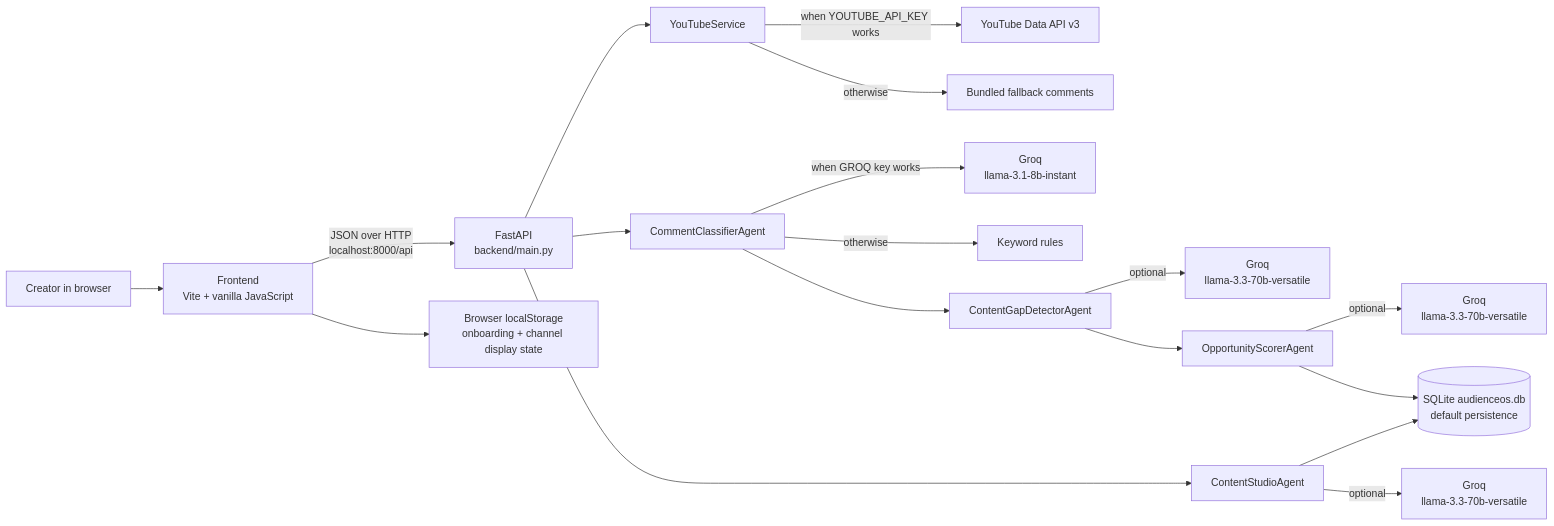
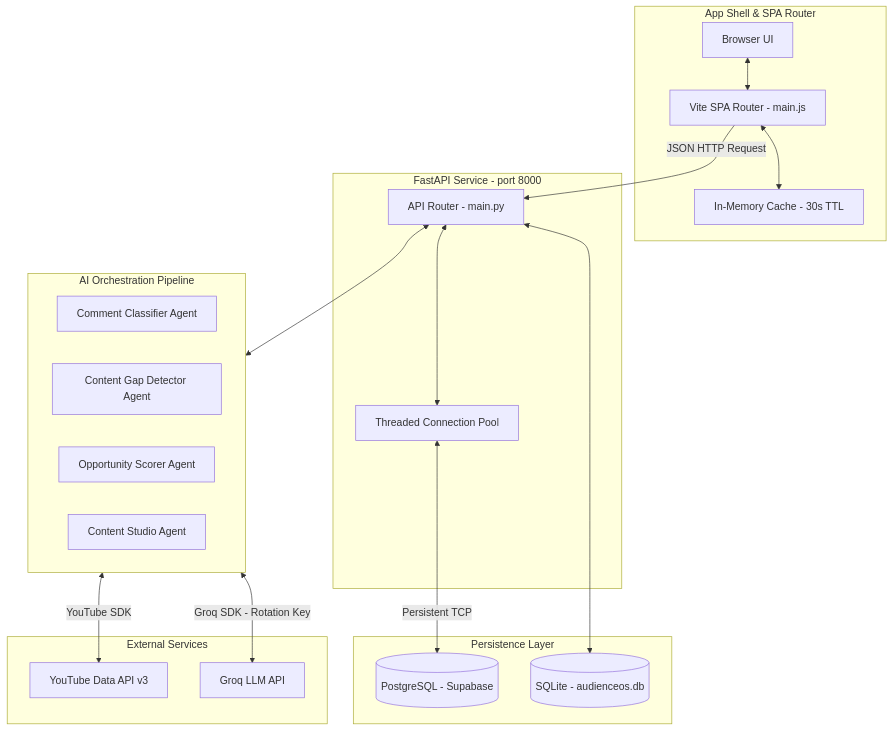
One commit to Ankitanand2411/Audience-OS changed the first of 3 diagrams in README.md. Above: the diagram before and after it, drawn with Mermaid. The commit also changed other lines of this file, not shown here.

Commit message:
docs: update README.md with detailed system architecture & performance optimizations

````diff
--- a/README.md
+++ b/README.md
@@ -18,20 +15,48 @@
 ```mermaid
-flowchart LR
-  U[Creator in browser] --> F[Frontend\nVite + vanilla JavaScript]
-  F -->|JSON over HTTP\nlocalhost:8000/api| B[FastAPI\nbackend/main.py]
-  F --> LS[Browser localStorage\nonboarding + channel display state]
-  B --> Y[YouTubeService]
-  Y -->|when YOUTUBE_API_KEY works| YT[YouTube Data API v3]
-  Y -->|otherwise| FD[Bundled fallback comments]
-  B --> C[CommentClassifierAgent]
-  C -->|when GROQ key works| G1[Groq\nllama-3.1-8b-instant]
-  C -->|otherwise| RC[Keyword rules]
-  C --> D[ContentGapDetectorAgent]
-  D -->|optional| G2[Groq\nllama-3.3-70b-versatile]
-  D --> S[OpportunityScorerAgent]
-  S -->|optional| G3[Groq\nllama-3.3-70b-versatile]
-  S --> DB[(SQLite audienceos.db\ndefault persistence)]
-  B --> P[ContentStudioAgent]
-  P -->|optional| G4[Groq\nllama-3.3-70b-versatile]
-  P --> DB
+flowchart TD
+    %% Frontend Subsystem
+    subgraph Frontend [App Shell & SPA Router]
+        UI[Browser UI]
+        Router[Vite SPA Router - main.js]
+        Cache[In-Memory Cache - 30s TTL]
+    end
+
+    %% Backend Subsystem
+    subgraph Backend [FastAPI Service - port 8000]
+        API[API Router - main.py]
+        Pool[Threaded Connection Pool]
+    end
+
+    %% Database Subsystem
+    subgraph Storage [Persistence Layer]
+        PG[(PostgreSQL - Supabase)]
+        SQ[(SQLite - audienceos.db)]
+    end
+
+    %% Agent Engine
+    subgraph AgentEngine [AI Orchestration Pipeline]
+        CC[Comment Classifier Agent]
+        GD[Content Gap Detector Agent]
+        OS[Opportunity Scorer Agent]
+        CS[Content Studio Agent]
+    end
+
+    %% External Interfaces
+    subgraph External [External Services]
+        YT[YouTube Data API v3]
+        Groq[Groq LLM API]
+    end
+
+    %% Connections
+    UI <--> Router
+    Router <--> Cache
+    Router -->|JSON HTTP Request| API
+    
+    API <--> Pool
+    Pool <-->|Persistent TCP| PG
+    API <--> SQ
+    
+    API <--> AgentEngine
+    AgentEngine <-->|YouTube SDK| YT
+    AgentEngine <-->|Groq SDK - Rotation Key| Groq
 ```
````
